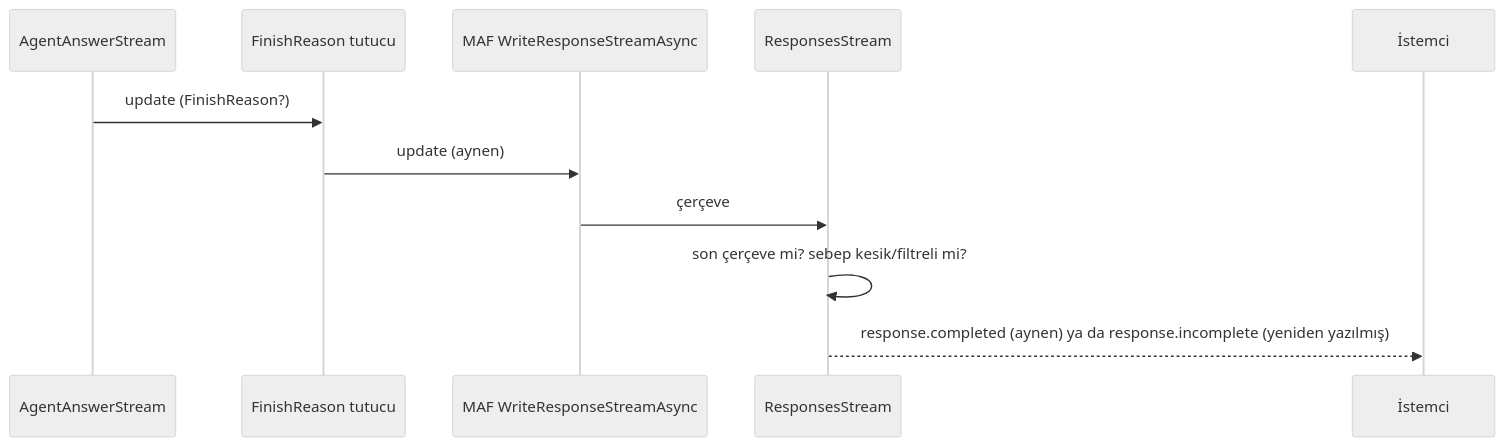
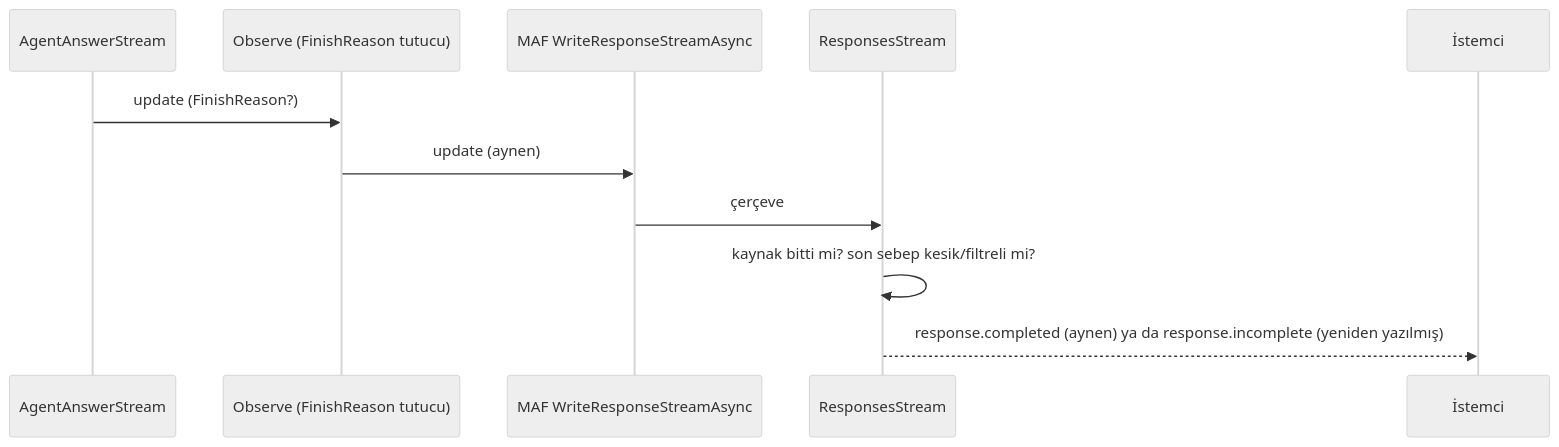
Before and after one commit to farukatasoy/Tracon: the diagram in docs/251-KESIK-VE-FILTRELI-YANIT-SINYALI.md, drawn with Mermaid (neutral theme). The commit also changed other lines of this file, not shown here.

````diff
--- a/docs/251-KESIK-VE-FILTRELI-YANIT-SINYALI.md
+++ b/docs/251-KESIK-VE-FILTRELI-YANIT-SINYALI.md
@@ -115,12 +136,12 @@
 ```mermaid
 sequenceDiagram
     participant A as AgentAnswerStream
-    participant W as FinishReason tutucu
+    participant W as Observe (FinishReason tutucu)
     participant M as MAF WriteResponseStreamAsync
     participant E as ResponsesStream
     A->>W: update (FinishReason?)
     W->>M: update (aynen)
     M->>E: çerçeve
-    E->>E: son çerçeve mi? sebep kesik/filtreli mi?
+    E->>E: kaynak bitti mi? son sebep kesik/filtreli mi?
     E-->>İstemci: response.completed (aynen) ya da response.incomplete (yeniden yazılmış)
 ```
````
